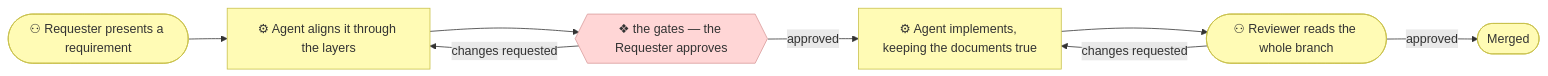
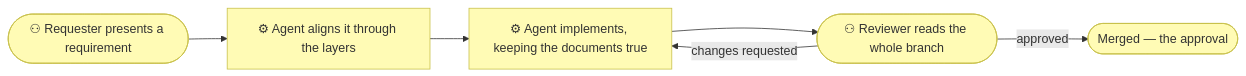
Before and after one commit to roanboc/archreator: the diagram in docs/method.md, drawn with Mermaid. The commit also changed other lines of this file and 49 other files, not shown here.

````diff
--- a/docs/method.md
+++ b/docs/method.md
@@ -129,20 +121,15 @@
 ```mermaid
 flowchart LR
   req(["⚇ Requester presents a requirement"])
   align["⚙ Agent aligns it through the layers"]
-  gates{{"❖ the gates — the Requester approves"}}
   build["⚙ Agent implements, keeping the documents true"]
   rev(["⚇ Reviewer reads the whole branch"])
-  merged(["Merged"])
+  merged(["Merged — the approval"])
 
-  req --> align --> gates
-  gates -->|changes requested| align
-  gates -->|approved| build --> rev
+  req --> align --> build --> rev
   rev -->|changes requested| build
   rev -->|approved| merged
 
   classDef business fill:#fffbb5,stroke:#c8c04a,color:#333
-  classDef implementation fill:#ffd6d6,stroke:#d99b9b,color:#333
   class req,align,build,rev,merged business
-  class gates implementation
 ```
````
